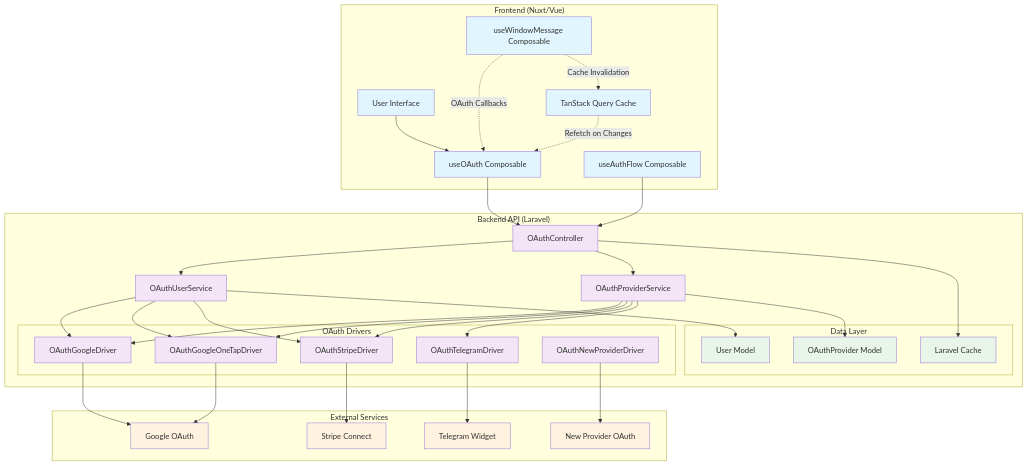
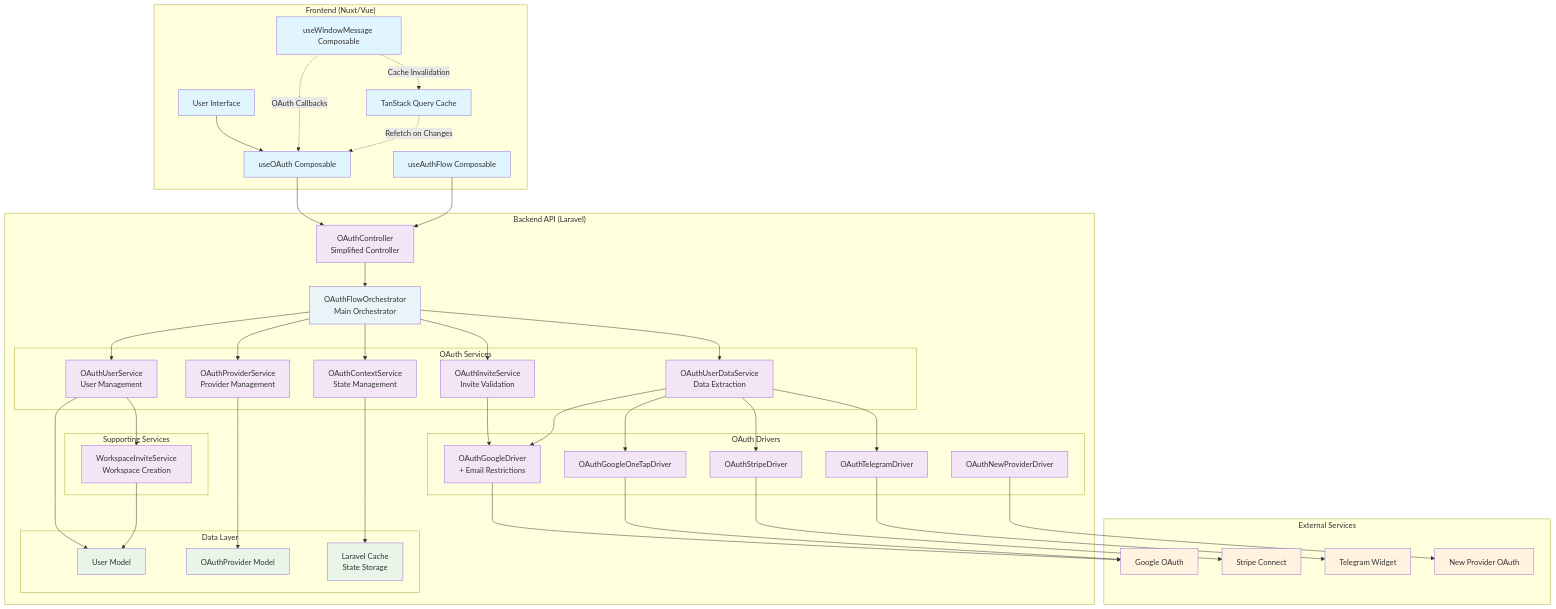
Before and after one commit to JhumanJ/OpnForm: the first of 5 diagrams in docs/contributing/new-integration.mdx, drawn with Mermaid. The commit also changed other lines of this file and 13 other files, not shown here.

First line of the commit message:
Refactor OAuth integration for enhanced error handling and context management

````diff
--- a/docs/contributing/new-integration.mdx
+++ b/docs/contributing/new-integration.mdx
@@ -31,12 +34,23 @@
     end
 
     subgraph "Backend API (Laravel)"
-        OAuthController[OAuthController]
-        OAuthUserService[OAuthUserService]
-        OAuthProviderService[OAuthProviderService]
+        OAuthController[OAuthController<br/>Simplified Controller]
+        OAuthFlowOrchestrator[OAuthFlowOrchestrator<br/>Main Orchestrator]
+
+        subgraph "OAuth Services"
+            OAuthContextService[OAuthContextService<br/>State Management]
+            OAuthUserDataService[OAuthUserDataService<br/>Data Extraction]
+            OAuthInviteService[OAuthInviteService<br/>Invite Validation]
+            OAuthUserService[OAuthUserService<br/>User Management]
+            OAuthProviderService[OAuthProviderService<br/>Provider Management]
+        end
+
+        subgraph "Supporting Services"
+            WorkspaceInviteService[WorkspaceInviteService<br/>Workspace Creation]
+        end
 
         subgraph "OAuth Drivers"
-            GoogleDriver[OAuthGoogleDriver]
+            GoogleDriver[OAuthGoogleDriver<br/>+ Email Restrictions]
             GoogleOneTapDriver[OAuthGoogleOneTapDriver]
             StripeDriver[OAuthStripeDriver]
             TelegramDriver[OAuthTelegramDriver]
@@ -46,7 +60,7 @@
         subgraph "Data Layer"
             UserModel[User Model]
             OAuthProviderModel[OAuthProvider Model]
-            Cache[Laravel Cache]
+            Cache[Laravel Cache<br/>State Storage]
         end
     end
 
@@ -62,19 +76,23 @@
     useOAuth --> OAuthController
     useAuthFlow --> OAuthController
 
-    %% OAuth Controller orchestration
-    OAuthController --> OAuthUserService
-    OAuthController --> OAuthProviderService
-    OAuthController --> Cache
+    %% Controller to Orchestrator
+    OAuthController --> OAuthFlowOrchestrator
 
-    %% Service to Drivers
-    OAuthUserService --> GoogleDriver
-    OAuthUserService --> GoogleOneTapDriver
-    OAuthUserService --> StripeDriver
-    OAuthProviderService --> GoogleDriver
-    OAuthProviderService --> GoogleOneTapDriver
-    OAuthProviderService --> StripeDriver
-    OAuthProviderService --> TelegramDriver
+    %% Orchestrator coordination
+    OAuthFlowOrchestrator --> OAuthContextService
+    OAuthFlowOrchestrator --> OAuthUserDataService
+    OAuthFlowOrchestrator --> OAuthInviteService
+    OAuthFlowOrchestrator --> OAuthUserService
+    OAuthFlowOrchestrator --> OAuthProviderService
+
+    %% Service dependencies
+    OAuthUserService --> WorkspaceInviteService
+    OAuthInviteService --> GoogleDriver
+    OAuthUserDataService --> GoogleDriver
+    OAuthUserDataService --> GoogleOneTapDriver
+    OAuthUserDataService --> StripeDriver
+    OAuthUserDataService --> TelegramDriver
 
     %% Drivers to External Services
     GoogleDriver --> GoogleOAuth
@@ -86,6 +104,8 @@
     %% Data persistence
     OAuthUserService --> UserModel
     OAuthProviderService --> OAuthProviderModel
+    OAuthContextService --> Cache
+    WorkspaceInviteService --> UserModel
 
     %% Cross-window communication
     useWindowMessage -.->|"OAuth Callbacks"| useOAuth
@@ -98,9 +118,11 @@
     classDef backend fill:#f3e5f5
     classDef external fill:#fff3e0
     classDef data fill:#e8f5e8
+    classDef orchestrator fill:#e8f4f8
 
     class UI,useOAuth,useWindowMessage,useAuthFlow,TanStackQuery frontend
-    class OAuthController,OAuthUserService,OAuthProviderService,GoogleDriver,GoogleOneTapDriver,StripeDriver,TelegramDriver,NewDriver backend
+    class OAuthController,OAuthContextService,OAuthUserDataService,OAuthInviteService,OAuthUserService,OAuthProviderService,WorkspaceInviteService,GoogleDriver,GoogleOneTapDriver,StripeDriver,TelegramDriver,NewDriver backend
+    class OAuthFlowOrchestrator orchestrator
     class GoogleOAuth,StripeOAuth,TelegramWidget,NewProviderOAuth external
     class UserModel,OAuthProviderModel,Cache data
 ```
````
